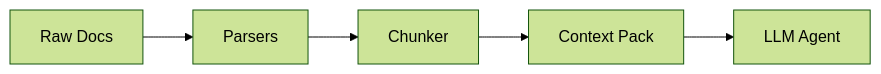
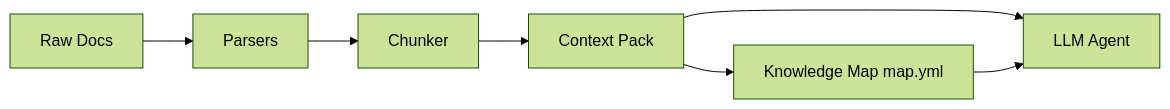
Before and after one commit to Vedant1202/agentpack: the diagram in README.md, drawn with Mermaid (forest theme). The commit also changed other lines of this file and 23 other files, not shown here.

First line of the commit message:
Release v0.4.0 — Hierarchical Knowledge Map (#2)

````diff
--- a/README.md
+++ b/README.md
@@ -150,7 +160,9 @@
 ```mermaid
 flowchart LR
     Docs[Raw Docs] --> Parsers[Parsers]
     Parsers --> Chunker[Chunker]
     Chunker --> Pack[Context Pack]
+    Pack --> Map[Knowledge Map map.yml]
     Pack --> Agent[LLM Agent]
+    Map --> Agent
 ```
````
